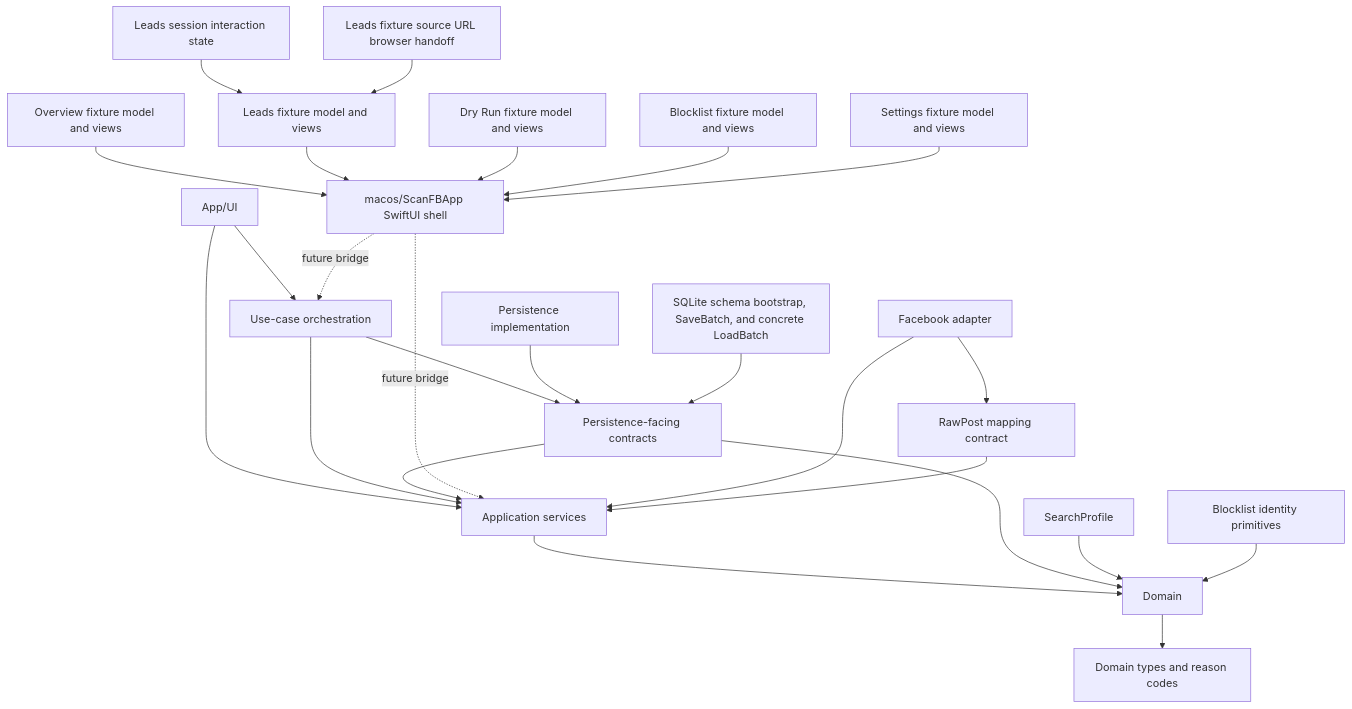
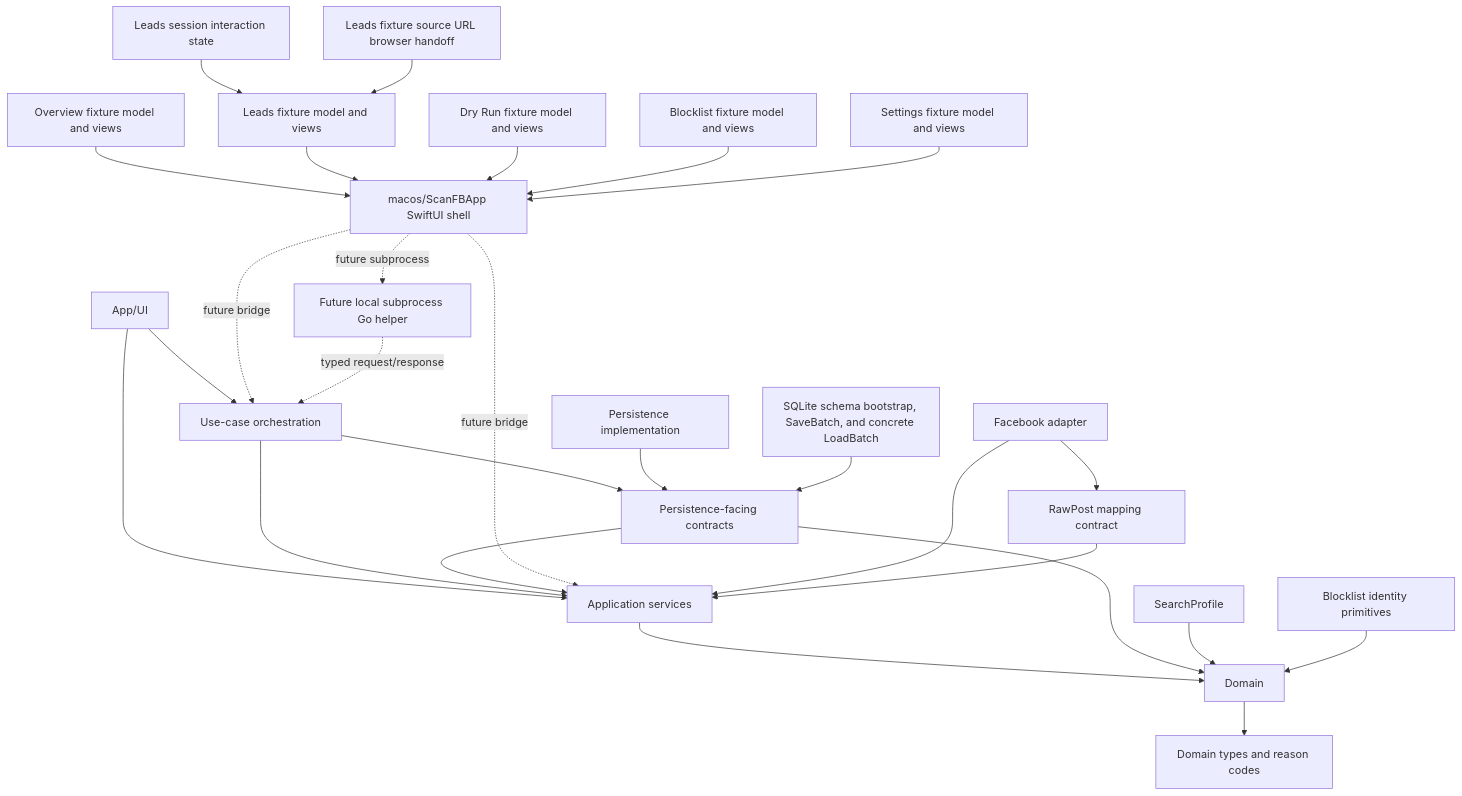
Before and after one commit to soleda2026/ScanFB: the diagram in docs/CODE_GRAPH.md, drawn with Mermaid. The commit also changed other lines of this file and 6 other files, not shown here.

Commit message:
docs(bridge): select subprocess integration model

````diff
--- a/docs/CODE_GRAPH.md
+++ b/docs/CODE_GRAPH.md
@@ -7,27 +7,29 @@
 ```mermaid
 flowchart TD
     UI["App/UI"] --> APP["Application services"]
     UI --> ORCH["Use-case orchestration"]
     ORCH --> APP
     ORCH --> PERSIST_CONTRACT
     APP --> DOMAIN["Domain"]
     PERSIST_CONTRACT["Persistence-facing contracts"] --> APP
     PERSIST_CONTRACT --> DOMAIN
     PERSIST_IMPL["Persistence implementation"] --> PERSIST_CONTRACT
     SQLITE["SQLite schema bootstrap, SaveBatch, and concrete LoadBatch"] --> PERSIST_CONTRACT
     MACOS_APP["macos/ScanFBApp SwiftUI shell"] -.future bridge.-> ORCH
     MACOS_APP -.future bridge.-> APP
+    BRIDGE_HELPER["Future local subprocess Go helper"] -.typed request/response.-> ORCH
+    MACOS_APP -.future subprocess.-> BRIDGE_HELPER
     OVERVIEW_FIXTURE["Overview fixture model and views"] --> MACOS_APP
     LEADS_FIXTURE["Leads fixture model and views"] --> MACOS_APP
     LEADS_INTERACTION_STATE["Leads session interaction state"] --> LEADS_FIXTURE
     LEADS_BROWSER_HANDOFF["Leads fixture source URL browser handoff"] --> LEADS_FIXTURE
     DRYRUN_FIXTURE["Dry Run fixture model and views"] --> MACOS_APP
     BLOCKLIST_FIXTURE["Blocklist fixture model and views"] --> MACOS_APP
     SETTINGS_FIXTURE["Settings fixture model and views"] --> MACOS_APP
     FB["Facebook adapter"] --> APP
     FB --> RAW["RawPost mapping contract"]
     RAW --> APP
     PROFILE["SearchProfile"] --> DOMAIN
     DOMAIN --> TYPES["Domain types and reason codes"]
     BLOCKLIST["Blocklist identity primitives"] --> DOMAIN
 ```
````
